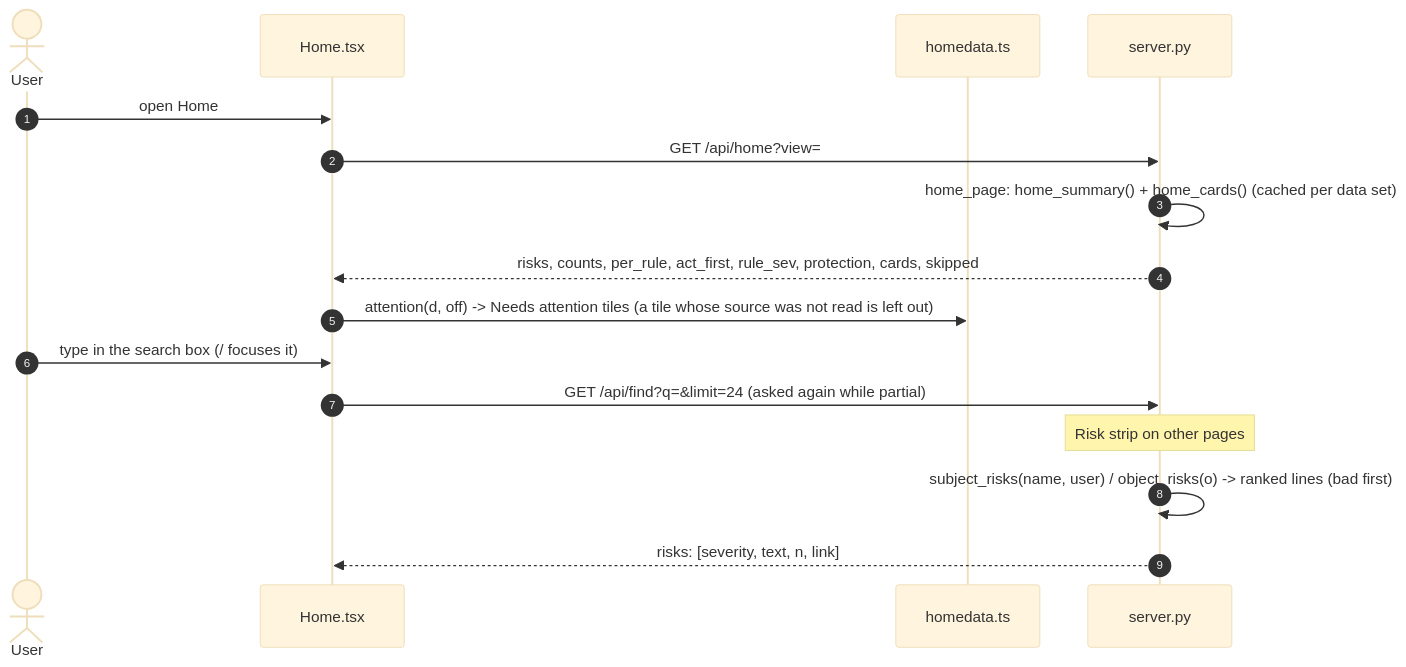
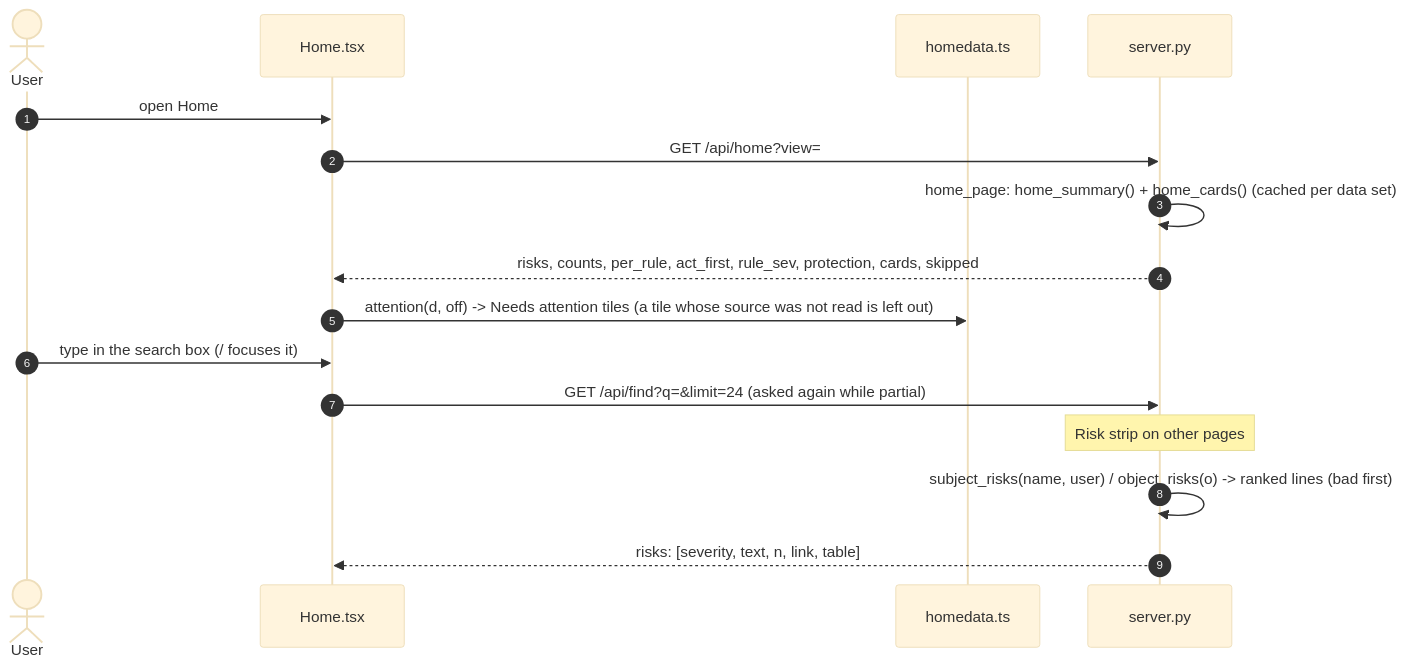
One commit to darshanmeel/snowflake-access-explorer changed the diagram in snowflake-access-explorer-knowledge-graph/flows/home.md. Above: the diagram before and after it, drawn with Mermaid (base theme). The commit also changed other lines of this file and 90 other files, not shown here.

Commit message:
Knowledge graph: up to date with the left-nav sections, Can they?, Compare, What if and risk tables

````diff
--- a/snowflake-access-explorer-knowledge-graph/flows/home.md
+++ b/snowflake-access-explorer-knowledge-graph/flows/home.md
@@ -6,18 +6,18 @@
 ```mermaid
 sequenceDiagram
     autonumber
     actor U as User
     participant H as Home.tsx
     participant D as homedata.ts
     participant S as server.py
     U->>H: open Home
     H->>S: GET /api/home?view=
     S->>S: home_page: home_summary() + home_cards() (cached per data set)
     S-->>H: risks, counts, per_rule, act_first, rule_sev, protection, cards, skipped
     H->>D: attention(d, off) -> Needs attention tiles (a tile whose source was not read is left out)
     U->>H: type in the search box (/ focuses it)
     H->>S: GET /api/find?q=&limit=24 (asked again while partial)
     Note over S: Risk strip on other pages
     S->>S: subject_risks(name, user) / object_risks(o) -> ranked lines (bad first)
-    S-->>H: risks: [severity, text, n, link]
+    S-->>H: risks: [severity, text, n, link, table]
 ```
````
